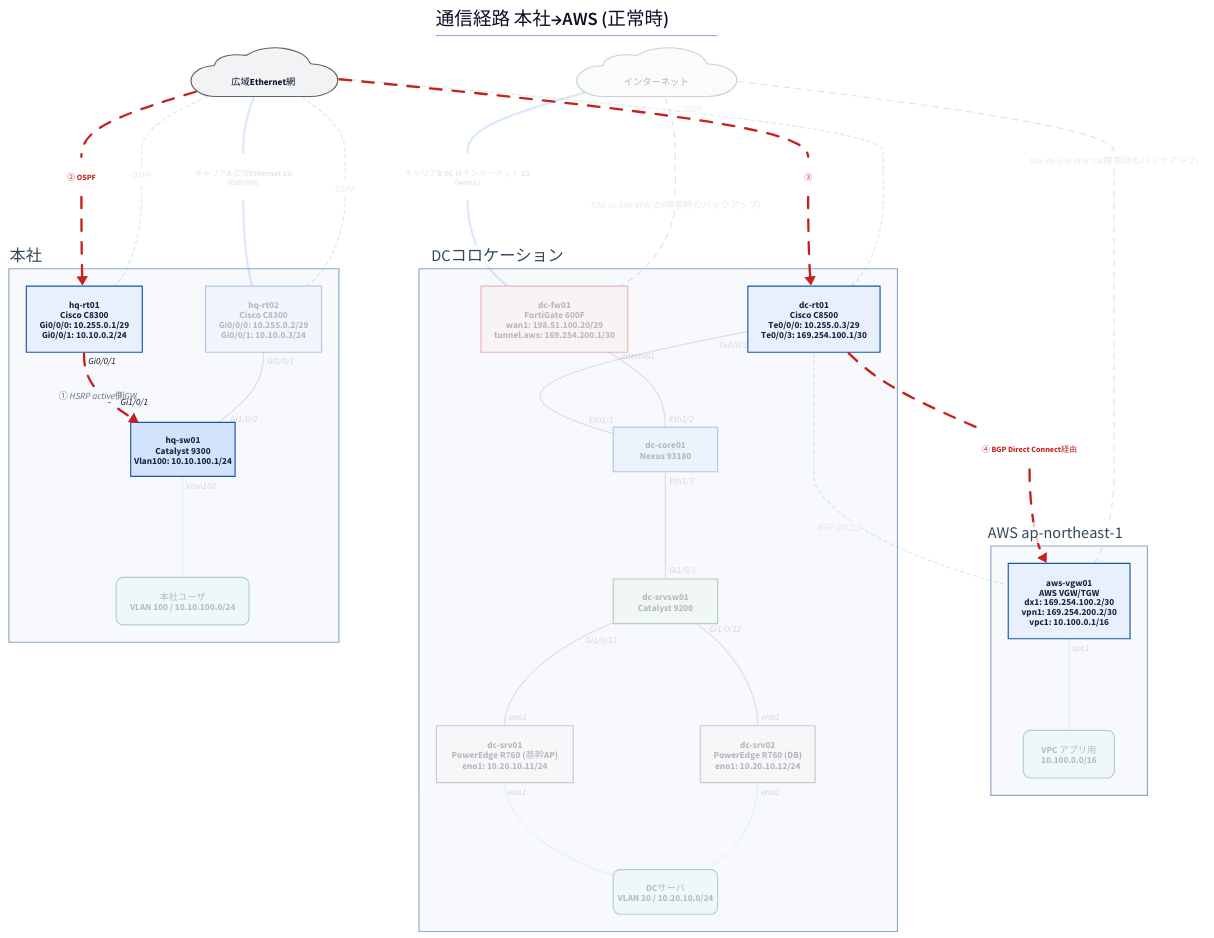
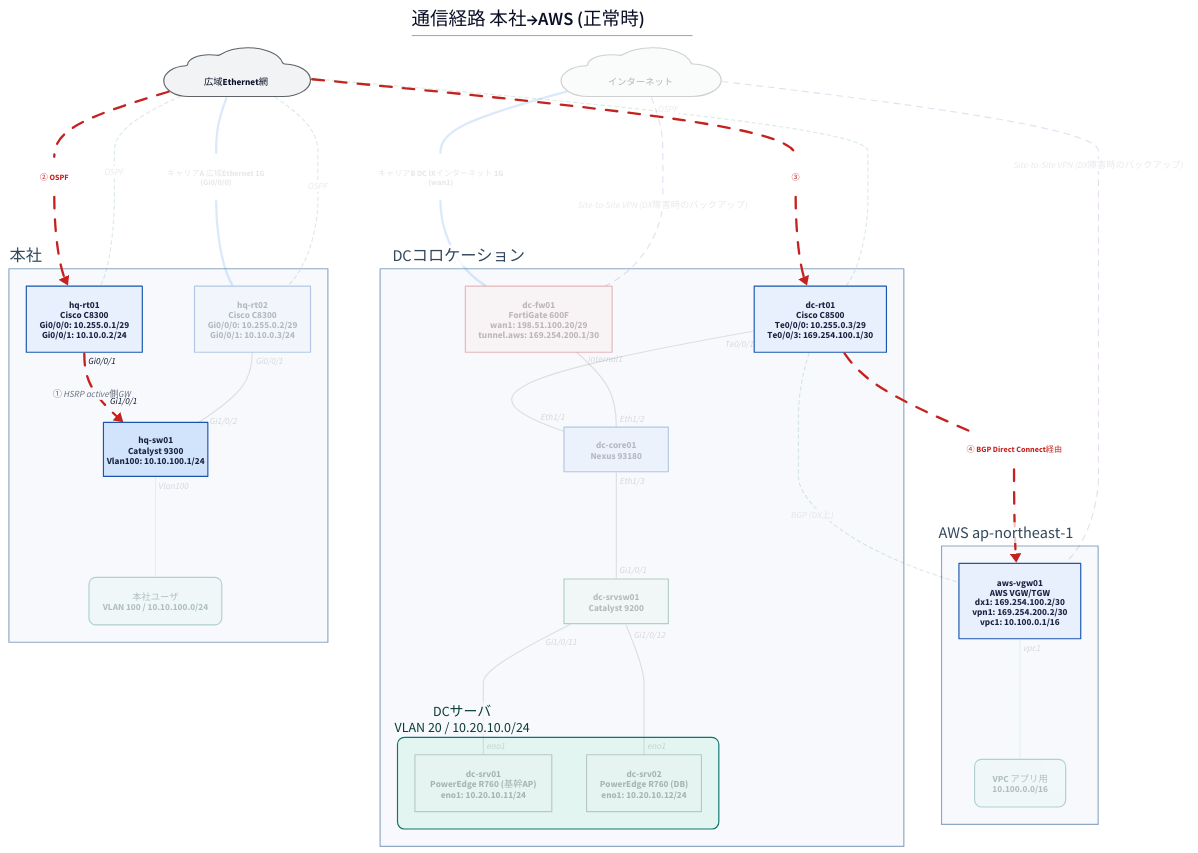
One commit to thinas1115/nwdsl changed the diagram in examples/hq-dc-cloud/generated/path-normal.d2. Above: the diagram before and after it, drawn with D2. The commit also changed 40 other files, not shown here.

First line of the commit message:
論理図でセグメント配下の端末を入れ子表示する機能を追加 (ADR-0009)

```diff
--- a/examples/hq-dc-cloud/generated/path-normal.d2
+++ b/examples/hq-dc-cloud/generated/path-normal.d2
@@ -1,87 +1,88 @@
 title: |md
   # 通信経路 本社→AWS (正常時)
 | {near: top-center}
 direction: down
 
 classes: {
   role-router: {style.fill: "#e8f0fe"; style.stroke: "#1a56b0"; style.font-color: "#1a2340"}
   role-l3switch: {style.fill: "#d2e3fc"; style.stroke: "#1a56b0"; style.font-color: "#1a2340"}
   role-l2switch: {style.fill: "#e6f4ea"; style.stroke: "#137333"; style.font-color: "#1a2e1f"}
   role-firewall: {style.fill: "#fce8e6"; style.stroke: "#c5221f"; style.font-color: "#3c1a19"}
   role-other: {style.fill: "#f1f3f4"; style.stroke: "#5f6368"; style.font-color: "#202124"}
   node-cloud: {shape: cloud; style.fill: "#f1f3f4"; style.stroke: "#5f6368"}
   node-site: {style.fill: "#fff8e1"; style.stroke: "#b58105"; style.font-color: "#4a3a08"}
   node-segment: {style.fill: "#e2f5f0"; style.stroke: "#0f766e"; style.font-color: "#0b3d38"; style.border-radius: 12}
   node-external: {style.fill: "#ffffff"; style.stroke: "#9aa0a6"; style.stroke-dash: 3}
   group-site: {style.fill: "#f7f9fc"; style.stroke: "#8fa8c4"; style.font-color: "#33475b"}
   edge-label: {style.fill: "transparent"; style.stroke: "transparent"; style.font-size: 14; style.font-color: "#5f6368"; style.italic: true}
   edge-lan-cable: {style.stroke: "#4a4a4a"; style.stroke-width: 2}
   edge-wan-circuit: {style.stroke: "#1a73e8"; style.stroke-width: 4}
   edge-tunnel: {style.stroke: "#7b1fa2"; style.stroke-width: 2; style.stroke-dash: 5}
   edge-logical: {style.stroke: "#188038"; style.stroke-width: 2; style.stroke-dash: 3}
   edge-segment: {style.stroke: "#0f766e"; style.stroke-width: 1}
 }
 
 s_hq: "本社" {
   class: group-site
   label.near: outside-top-left
   n_hq_rt01: "hq-rt01\nCisco C8300\nGi0/0/0: 10.255.0.1/29\nGi0/0/1: 10.10.0.2/24" {class: role-router}
   n_hq_sw01: "hq-sw01\nCatalyst 9300\nVlan100: 10.10.100.1/24" {class: role-l3switch; width: 180}
   n_hq_rt02: "hq-rt02\nCisco C8300\nGi0/0/0: 10.255.0.2/29\nGi0/0/1: 10.10.0.3/24" {class: role-router; style.opacity: 0.3}
   n_seg__hq_users: "本社ユーザ\nVLAN 100 / 10.10.100.0/24" {class: node-segment; style.opacity: 0.3}
 }
 
 s_dc: "DCコロケーション" {
   class: group-site
   label.near: outside-top-left
   n_dc_rt01: "dc-rt01\nCisco C8500\nTe0/0/0: 10.255.0.3/29\nTe0/0/3: 169.254.100.1/30" {class: role-router}
   n_dc_core01: "dc-core01\nNexus 93180" {class: role-l3switch; width: 180; style.opacity: 0.3}
   n_dc_fw01: "dc-fw01\nFortiGate 600F\nwan1: 198.51.100.20/29\ntunnel.aws: 169.254.200.1/30" {class: role-firewall; style.opacity: 0.3}
   n_dc_srvsw01: "dc-srvsw01\nCatalyst 9200" {class: role-l2switch; width: 180; style.opacity: 0.3}
-  n_dc_srv01: "dc-srv01\nPowerEdge R760 (基幹AP)\neno1: 10.20.10.11/24" {class: role-other; style.opacity: 0.3}
-  n_dc_srv02: "dc-srv02\nPowerEdge R760 (DB)\neno1: 10.20.10.12/24" {class: role-other; style.opacity: 0.3}
-  n_seg__dc_servers: "DCサーバ\nVLAN 20 / 10.20.10.0/24" {class: node-segment; width: 180; style.opacity: 0.3}
+  n_seg__dc_servers: "DCサーバ\nVLAN 20 / 10.20.10.0/24" {
+    class: node-segment
+    label.near: outside-top-left
+    n_dc_srv01: "dc-srv01\nPowerEdge R760 (基幹AP)\neno1: 10.20.10.11/24" {class: role-other; style.opacity: 0.3}
+    n_dc_srv02: "dc-srv02\nPowerEdge R760 (DB)\neno1: 10.20.10.12/24" {class: role-other; style.opacity: 0.3}
+  }
 }
 
 s_aws: "AWS ap-northeast-1" {
   class: group-site
   label.near: outside-top-left
   n_aws_vgw01: "aws-vgw01\nAWS VGW/TGW\ndx1: 169.254.100.2/30\nvpn1: 169.254.200.2/30\nvpc1: 10.100.0.1/16" {class: role-router}
   n_seg__aws_vpc_app: "VPC アプリ用\n10.100.0.0/16" {class: node-segment; style.opacity: 0.3}
 }
 
 n_wide_ether: "　広域Ethernet網　" {class: node-cloud}
 n_internet: "　インターネット　" {class: node-cloud; style.opacity: 0.3}
 
 s_hq.n_hq_rt01 -> s_hq.n_hq_sw01: "① HSRP active側GW" {class: edge-lan-cable; source-arrowhead.label: "Gi0/0/1"; target-arrowhead.label: "Gi1/0/1"; style.stroke: "#c5221f"; style.stroke-width: 4; style.animated: true}
 s_hq.n_hq_rt02 -- s_hq.n_hq_sw01 {class: edge-lan-cable; source-arrowhead.label: "Gi0/0/1"; target-arrowhead.label: "Gi1/0/2"; style.opacity: 0.15}
 s_dc.n_dc_rt01 -- s_dc.n_dc_core01 {class: edge-lan-cable; source-arrowhead.label: "Te0/0/1"; target-arrowhead.label: "Eth1/1"; style.opacity: 0.15}
 s_dc.n_dc_fw01 -- s_dc.n_dc_core01 {class: edge-lan-cable; source-arrowhead.label: "internal1"; target-arrowhead.label: "Eth1/2"; style.opacity: 0.15}
 s_dc.n_dc_core01 -- s_dc.n_dc_srvsw01 {class: edge-lan-cable; source-arrowhead.label: "Eth1/3"; target-arrowhead.label: "Gi1/0/1"; style.opacity: 0.15}
-s_dc.n_dc_srvsw01 -- s_dc.n_dc_srv01 {class: edge-lan-cable; source-arrowhead.label: "Gi1/0/11"; target-arrowhead.label: "eno1"; style.opacity: 0.15}
-s_dc.n_dc_srvsw01 -- s_dc.n_dc_srv02 {class: edge-lan-cable; source-arrowhead.label: "Gi1/0/12"; target-arrowhead.label: "eno1"; style.opacity: 0.15}
+s_dc.n_dc_srvsw01 -- s_dc.n_seg__dc_servers.n_dc_srv01 {class: edge-lan-cable; source-arrowhead.label: "Gi1/0/11"; target-arrowhead.label: "eno1"; style.opacity: 0.15}
+s_dc.n_dc_srvsw01 -- s_dc.n_seg__dc_servers.n_dc_srv02 {class: edge-lan-cable; source-arrowhead.label: "Gi1/0/12"; target-arrowhead.label: "eno1"; style.opacity: 0.15}
 lbl_7: "② OSPF" {class: edge-label; style.font-color: "#c5221f"; style.bold: true}
 n_wide_ether -- lbl_7 {class: edge-wan-circuit; style.stroke: "#c5221f"; style.stroke-width: 4; style.animated: true}
 lbl_7 -> s_hq.n_hq_rt01 {class: edge-wan-circuit; style.stroke: "#c5221f"; style.stroke-width: 4; style.animated: true}
 lbl_8: "キャリアA 広域Ethernet 1G\n(Gi0/0/0)" {class: edge-label; style.opacity: 0.15}
 n_wide_ether -- lbl_8 {class: edge-wan-circuit; style.opacity: 0.15}
 lbl_8 -- s_hq.n_hq_rt02 {class: edge-wan-circuit; style.opacity: 0.15}
 lbl_9: "③" {class: edge-label; style.font-color: "#c5221f"; style.bold: true}
 n_wide_ether -- lbl_9 {class: edge-wan-circuit; style.stroke: "#c5221f"; style.stroke-width: 4; style.animated: true}
 lbl_9 -> s_dc.n_dc_rt01 {class: edge-wan-circuit; style.stroke: "#c5221f"; style.stroke-width: 4; style.animated: true}
 lbl_10: "④ BGP Direct Connect経由" {class: edge-label; style.font-color: "#c5221f"; style.bold: true}
 s_dc.n_dc_rt01 -- lbl_10 {class: edge-wan-circuit; style.stroke: "#c5221f"; style.stroke-width: 4; style.animated: true}
 lbl_10 -> s_aws.n_aws_vgw01 {class: edge-wan-circuit; style.stroke: "#c5221f"; style.stroke-width: 4; style.animated: true}
 lbl_11: "キャリアB DC IXインターネット 1G\n(wan1)" {class: edge-label; style.opacity: 0.15}
 n_internet -- lbl_11 {class: edge-wan-circuit; style.opacity: 0.15}
 lbl_11 -- s_dc.n_dc_fw01 {class: edge-wan-circuit; style.opacity: 0.15}
 n_internet -- s_dc.n_dc_fw01: "Site-to-Site VPN (DX障害時のバックアップ)" {class: edge-tunnel; style.opacity: 0.15}
 n_internet -- s_aws.n_aws_vgw01: "Site-to-Site VPN (DX障害時のバックアップ)" {class: edge-tunnel; style.opacity: 0.15}
 n_wide_ether -- s_hq.n_hq_rt01: "OSPF" {class: edge-logical; style.opacity: 0.15}
 n_wide_ether -- s_dc.n_dc_rt01: "OSPF" {class: edge-logical; style.opacity: 0.15}
 n_wide_ether -- s_hq.n_hq_rt02: "OSPF" {class: edge-logical; style.opacity: 0.15}
 s_dc.n_dc_rt01 -- s_aws.n_aws_vgw01: "BGP (DX上)" {class: edge-logical; style.opacity: 0.15}
 s_hq.n_hq_sw01 -- s_hq.n_seg__hq_users {class: edge-segment; source-arrowhead.label: "Vlan100"; style.opacity: 0.15}
-s_dc.n_dc_srv01 -- s_dc.n_seg__dc_servers {class: edge-segment; source-arrowhead.label: "eno1"; style.opacity: 0.15}
-s_dc.n_dc_srv02 -- s_dc.n_seg__dc_servers {class: edge-segment; source-arrowhead.label: "eno1"; style.opacity: 0.15}
 s_aws.n_aws_vgw01 -- s_aws.n_seg__aws_vpc_app {class: edge-segment; source-arrowhead.label: "vpc1"; style.opacity: 0.15}
```
